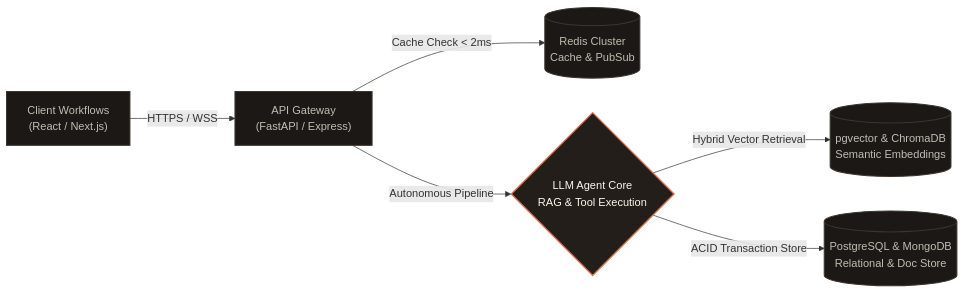
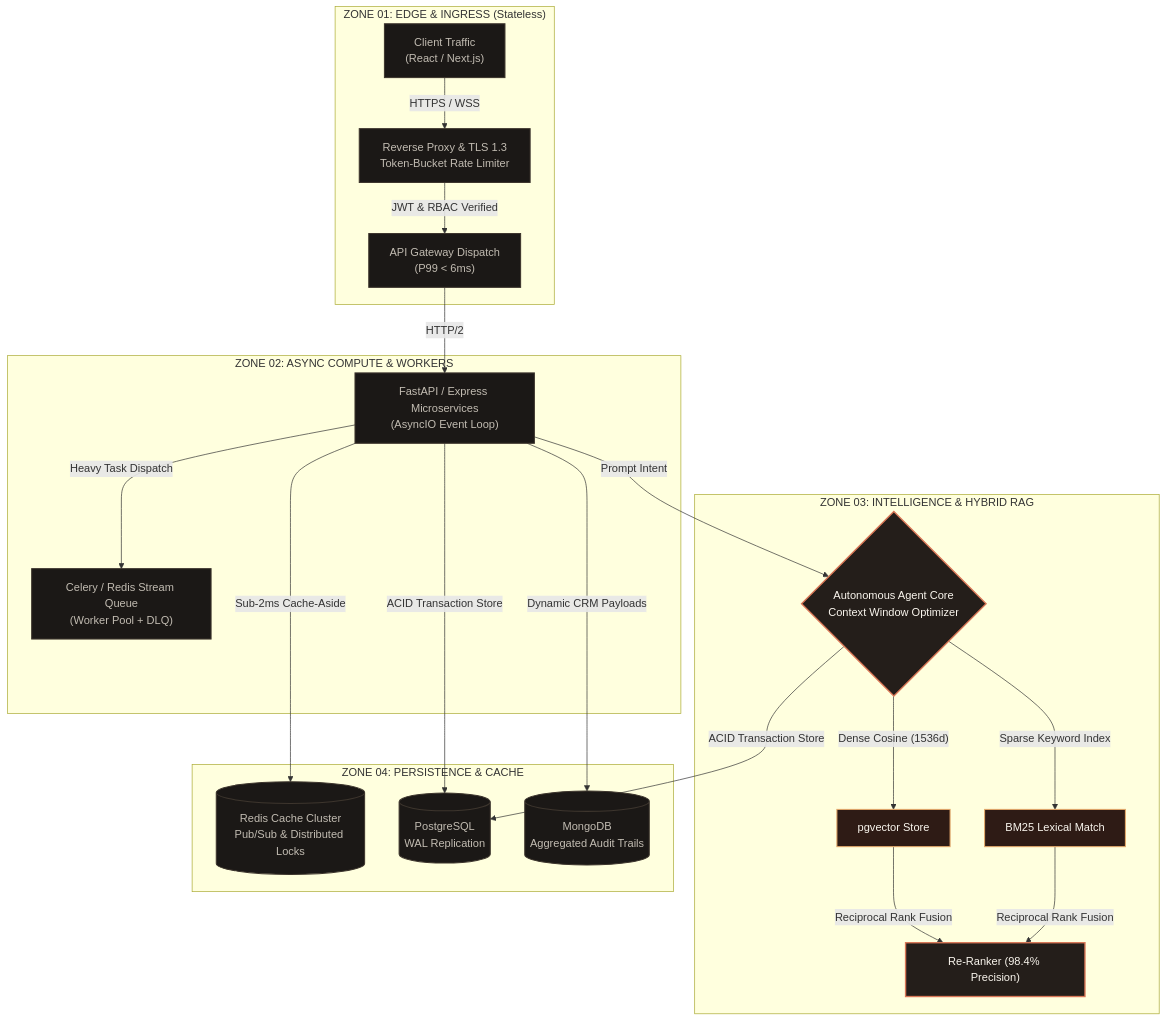
The diagram in README.md (Mayank190405/Mayank190405), drawn with Mermaid before and after one commit. The commit also changed other lines of this file and 5 other files, not shown here.

Commit message:
feat: remove all mentions of claude and upgrade architecture to planned multi-zone engineering blueprint

````diff
--- a/README.md
+++ b/README.md
@@ -42,13 +44,33 @@
 ```mermaid
-flowchart LR
-    A["Client Workflows\n(React / Next.js)"] -->|"HTTPS / WSS"| B["API Gateway\n(FastAPI / Express)"]
-    B -->|"Cache Check < 2ms"| C[("Redis Cluster\nCache & PubSub")]
-    B -->|"Autonomous Pipeline"| D{"LLM Agent Core\nRAG & Tool Execution"}
-    D -->|"Hybrid Vector Retrieval"| E[("pgvector & ChromaDB\nSemantic Embeddings")]
-    D -->|"ACID Transaction Store"| F[("PostgreSQL & MongoDB\nRelational & Doc Store")]
+flowchart TD
+    subgraph Zone1 ["ZONE 01: EDGE & INGRESS (Stateless)"]
+        A["Client Traffic\n(React / Next.js)"] -->|"HTTPS / WSS"| B["Reverse Proxy & TLS 1.3\nToken-Bucket Rate Limiter"]
+        B -->|"JWT & RBAC Verified"| C["API Gateway Dispatch\n(P99 < 6ms)"]
+    end
 
-    classDef claude fill:#241E1A,stroke:#D97757,stroke-width:2px,color:#FAF6EE;
-    classDef secondary fill:#1B1816,stroke:#3D352D,stroke-width:1.5px,color:#C2BCB2;
-    class A,B,C,E,F secondary;
-    class D claude;
+    subgraph Zone2 ["ZONE 02: ASYNC COMPUTE & WORKERS"]
+        C -->|"HTTP/2"| D["FastAPI / Express Microservices\n(AsyncIO Event Loop)"]
+        D -->|"Heavy Task Dispatch"| E["Celery / Redis Stream Queue\n(Worker Pool + DLQ)"]
+    end
+
+    subgraph Zone3 ["ZONE 03: INTELLIGENCE & HYBRID RAG"]
+        D -->|"Prompt Intent"| F{"Autonomous Agent Core\nContext Window Optimizer"}
+        F -->|"Dense Cosine (1536d)"| G["pgvector Store"]
+        F -->|"Sparse Keyword Index"| H["BM25 Lexical Match"]
+        G & H -->|"Reciprocal Rank Fusion"| I["Re-Ranker (98.4% Precision)"]
+    end
+
+    subgraph Zone4 ["ZONE 04: PERSISTENCE & CACHE"]
+        D -->|"Sub-2ms Cache-Aside"| J[("Redis Cache Cluster\nPub/Sub & Distributed Locks")]
+        D & F -->|"ACID Transaction Store"| K[("PostgreSQL\nWAL Replication")]
+        D -->|"Dynamic CRM Payloads"| L[("MongoDB\nAggregated Audit Trails")]
+    end
+
+    classDef primaryNode fill:#241E1A,stroke:#D97757,stroke-width:2px,color:#FAF6EE;
+    classDef secondaryNode fill:#1B1816,stroke:#3D352D,stroke-width:1.5px,color:#C2BCB2;
+    classDef accentNode fill:#2E1B15,stroke:#E5A96A,stroke-width:1.5px,color:#FAF6EE;
+
+    class F,I primaryNode;
+    class A,B,C,D,E,J,K,L secondaryNode;
+    class G,H accentNode;
 ```
````
